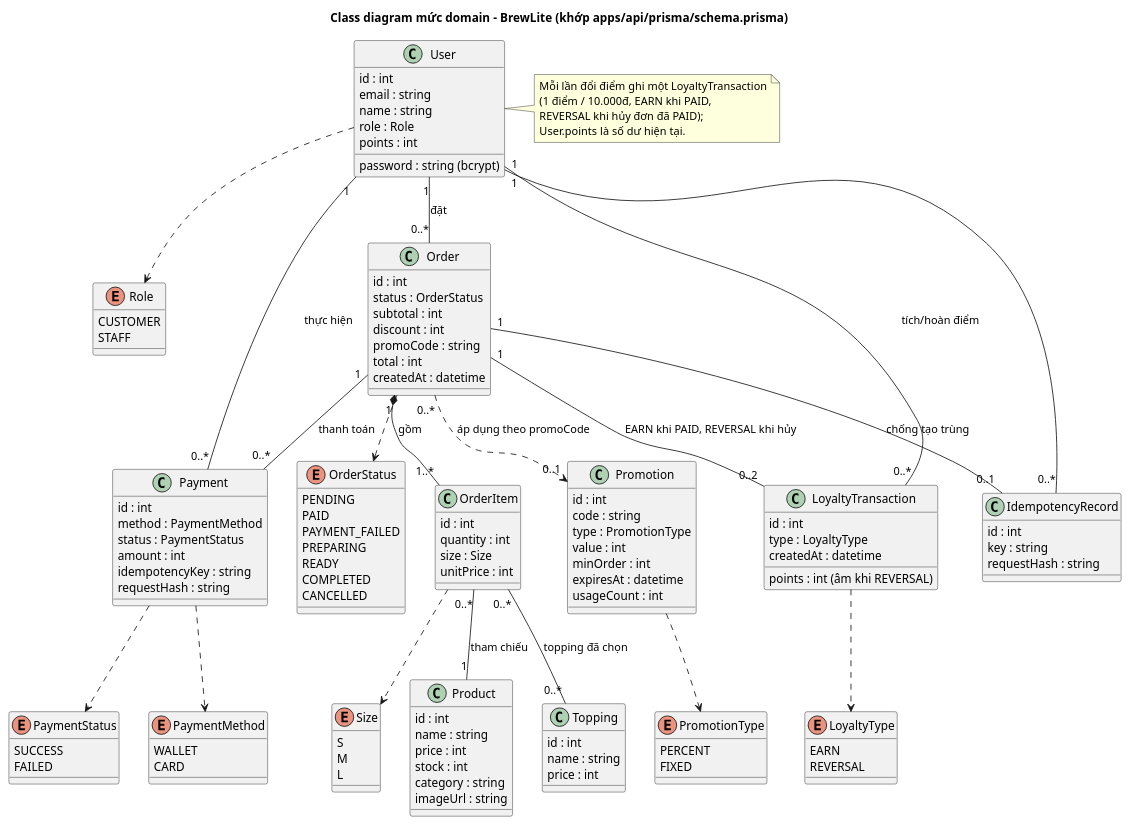
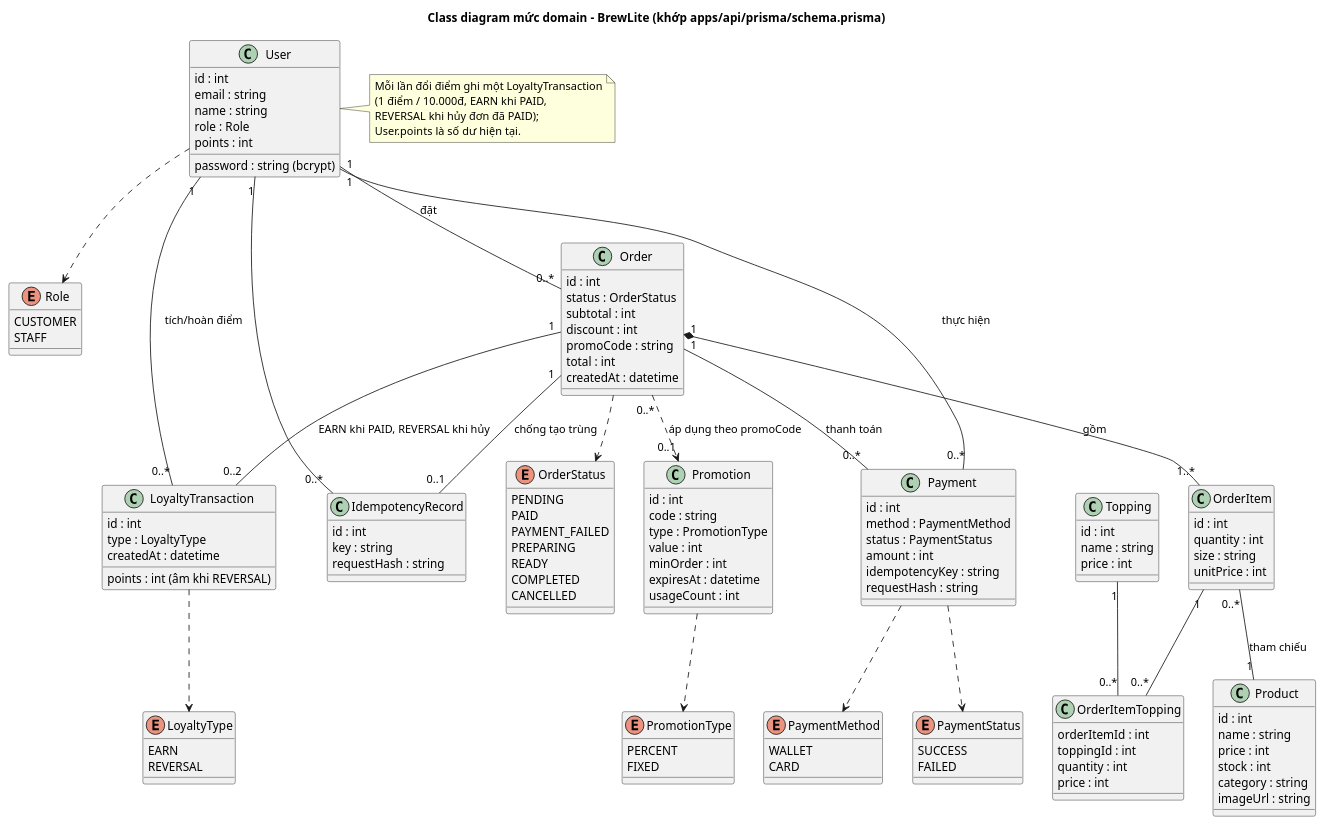
Before and after one commit to tthan-prog/BrewLite: the diagram in docs/diagrams/class-domain.puml, drawn with PlantUML. The commit also changed 4 other files, not shown here.

Commit message:
docs: align Member B diagrams and architecture

```diff
--- a/docs/diagrams/class-domain.puml
+++ b/docs/diagrams/class-domain.puml
@@ -1,130 +1,132 @@
 @startuml class-domain
 title Class diagram mức domain – BrewLite (khớp apps/api/prisma/schema.prisma)
 skinparam shadowing false
 skinparam classAttributeIconSize 0
 
 enum Role {
   CUSTOMER
   STAFF
 }
 enum OrderStatus {
   PENDING
   PAID
   PAYMENT_FAILED
   PREPARING
   READY
   COMPLETED
   CANCELLED
 }
 enum PaymentMethod {
   WALLET
   CARD
 }
 enum PaymentStatus {
   SUCCESS
   FAILED
 }
 enum PromotionType {
   PERCENT
   FIXED
 }
 enum LoyaltyType {
   EARN
   REVERSAL
 }
-enum Size {
-  S
-  M
-  L
-}
+
 
 class User {
   id : int
   email : string
   name : string
   password : string (bcrypt)
   role : Role
   points : int
 }
 class Product {
   id : int
   name : string
   price : int
   stock : int
   category : string
   imageUrl : string
 }
 class Topping {
   id : int
   name : string
   price : int
 }
 class Order {
   id : int
   status : OrderStatus
   subtotal : int
   discount : int
   promoCode : string
   total : int
   createdAt : datetime
 }
 class OrderItem {
   id : int
   quantity : int
-  size : Size
+  size : string
   unitPrice : int
+}
+class OrderItemTopping {
+  orderItemId : int
+  toppingId : int
+  quantity : int
+  price : int
 }
 class Payment {
   id : int
   method : PaymentMethod
   status : PaymentStatus
   amount : int
   idempotencyKey : string
   requestHash : string
 }
 class Promotion {
   id : int
   code : string
   type : PromotionType
   value : int
   minOrder : int
   expiresAt : datetime
   usageCount : int
 }
 class LoyaltyTransaction {
   id : int
   type : LoyaltyType
   points : int (âm khi REVERSAL)
   createdAt : datetime
 }
 class IdempotencyRecord {
   id : int
   key : string
   requestHash : string
 }
 
 User "1" -- "0..*" Order : đặt
 Order "1" *-- "1..*" OrderItem : gồm
 OrderItem "0..*" -- "1" Product : tham chiếu
-OrderItem "0..*" -- "0..*" Topping : topping đã chọn
+OrderItem "1" -- "0..*" OrderItemTopping
+Topping "1" -- "0..*" OrderItemTopping
 Order "1" -- "0..*" Payment : thanh toán
 Order "0..*" ..> "0..1" Promotion : áp dụng theo promoCode
 User "1" -- "0..*" Payment : thực hiện
 User "1" -- "0..*" LoyaltyTransaction : tích/hoàn điểm
 Order "1" -- "0..2" LoyaltyTransaction : EARN khi PAID, REVERSAL khi hủy
 User "1" -- "0..*" IdempotencyRecord
 Order "1" -- "0..1" IdempotencyRecord : chống tạo trùng
 User ..> Role
 Order ..> OrderStatus
 Payment ..> PaymentStatus
 Payment ..> PaymentMethod
 Promotion ..> PromotionType
 LoyaltyTransaction ..> LoyaltyType
-OrderItem ..> Size
 note right of User
   Mỗi lần đổi điểm ghi một LoyaltyTransaction
   (1 điểm / 10.000đ, EARN khi PAID,
   REVERSAL khi hủy đơn đã PAID);
   User.points là số dư hiện tại.
 end note
 @enduml
```
